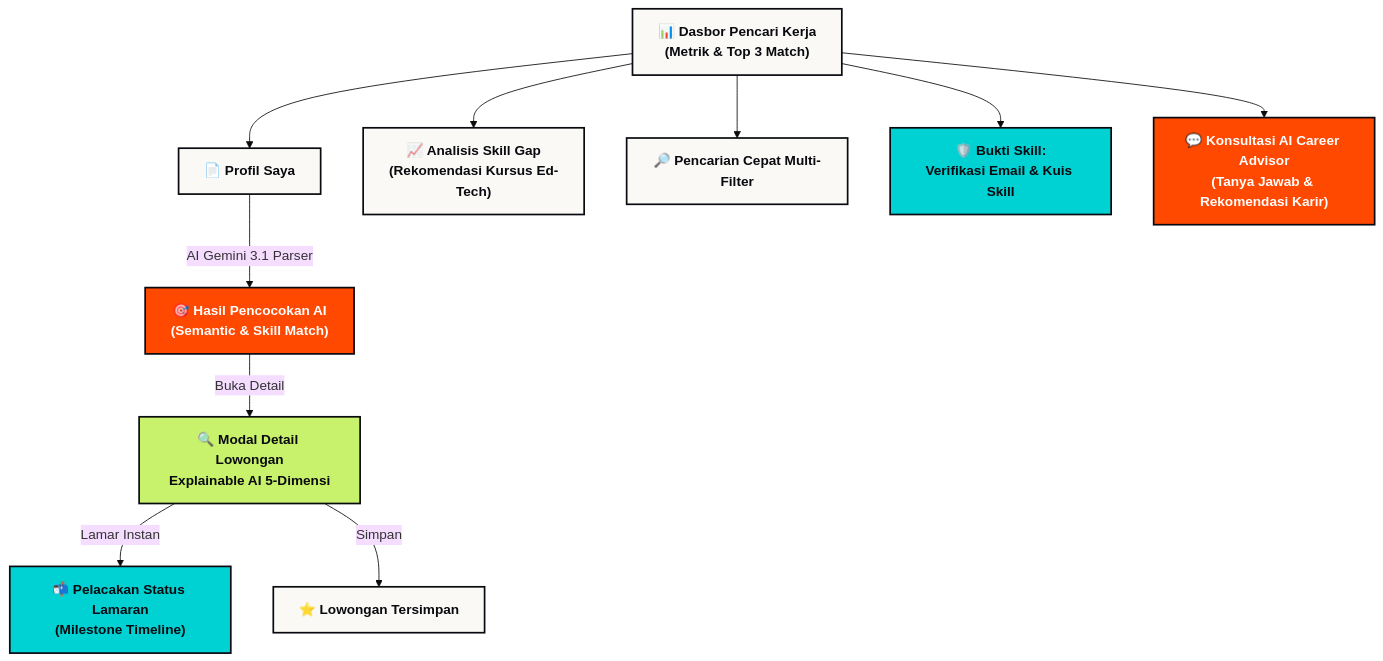
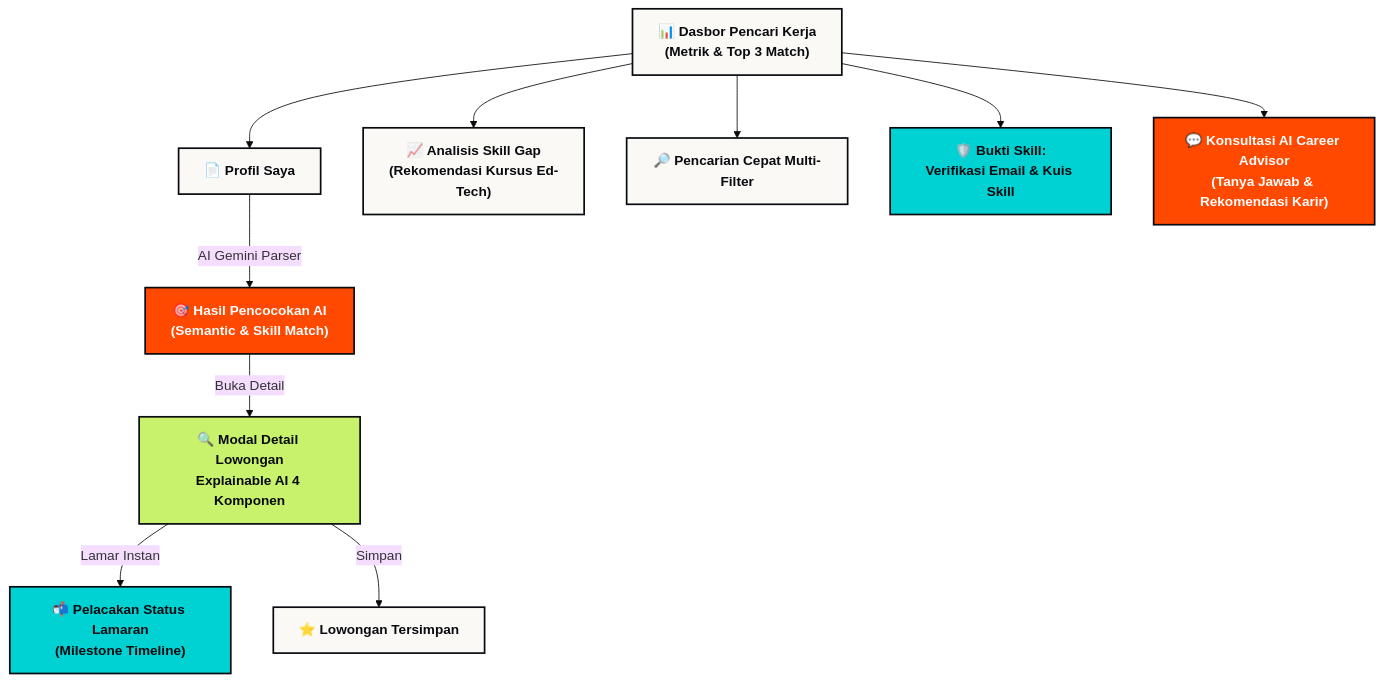
One commit to LouSens/KerjaCerdas changed the second of 5 diagrams in README.md. Above: the diagram before and after it, drawn with Mermaid (base theme). The commit also changed other lines of this file and 5 other files, not shown here.

````diff
--- a/README.md
+++ b/README.md
@@ -105,19 +105,19 @@
 ```mermaid
 flowchart TD
     classDef page fill:#FAF9F5,stroke:#090A0F,stroke-width:2px,color:#090A0F,font-weight:bold
     classDef ai fill:#FF4800,stroke:#090A0F,stroke-width:2px,color:#fff,font-weight:bold
     classDef modal fill:#C8F26B,stroke:#090A0F,stroke-width:2px,color:#090A0F,font-weight:bold
     classDef action fill:#00D2D3,stroke:#090A0F,stroke-width:2px,color:#090A0F,font-weight:bold
 
     A["📊 Dasbor Pencari Kerja\n(Metrik & Top 3 Match)"]:::page --> B["📄 Profil Saya"]:::page
-    B -->|AI Gemini 3.1 Parser| C["🎯 Hasil Pencocokan AI\n(Semantic & Skill Match)"]:::ai
+    B -->|AI Gemini Parser| C["🎯 Hasil Pencocokan AI\n(Semantic & Skill Match)"]:::ai
     
-    C -->|Buka Detail| D["🔍 Modal Detail Lowongan\nExplainable AI 5-Dimensi"]:::modal
+    C -->|Buka Detail| D["🔍 Modal Detail Lowongan\nExplainable AI 4 Komponen"]:::modal
     D -->|Lamar Instan| E["📬 Pelacakan Status Lamaran\n(Milestone Timeline)"]:::action
     D -->|Simpan| F["⭐ Lowongan Tersimpan"]:::page
     
     A --> G["📈 Analisis Skill Gap\n(Rekomendasi Kursus Ed-Tech)"]:::page
     A --> H["🔎 Pencarian Cepat Multi-Filter"]:::page
     A --> I["🛡️ Bukti Skill:\nVerifikasi Email & Kuis Skill"]:::action
     A --> J["💬 Konsultasi AI Career Advisor\n(Tanya Jawab & Rekomendasi Karir)"]:::ai
 ```
````
